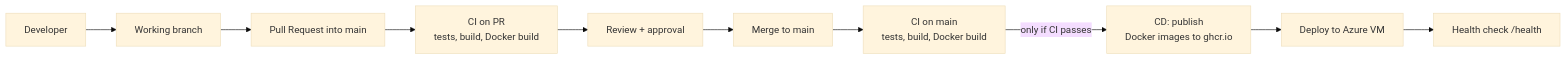
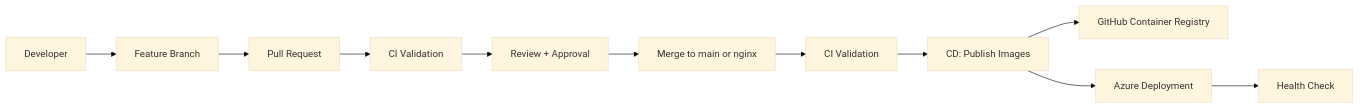
One commit to AyomideADEJARE1/Expense-Management-Platform changed the first of 2 diagrams in docs/ci-cd.md. Above: the diagram before and after it, drawn with Mermaid (base theme). The commit also changed other lines of this file, not shown here.

````diff
--- a/docs/ci-cd.md
+++ b/docs/ci-cd.md
@@ -7,12 +13,13 @@
 ```mermaid
 flowchart LR
-    D[Developer] --> B[Working branch]
-    B --> PR[Pull Request into main]
-    PR --> CI1[CI on PR<br/>tests, build, Docker build]
-    CI1 --> R[Review + approval]
-    R --> M[Merge to main]
-    M --> CI2[CI on main<br/>tests, build, Docker build]
-    CI2 -->|only if CI passes| P[CD: publish<br/>Docker images to ghcr.io]
-    P --> DEP[Deploy to Azure VM]
-    DEP --> H[Health check /health]
+    D[Developer] --> B[Feature Branch]
+    B --> PR[Pull Request]
+    PR --> CI[CI Validation]
+    CI --> R[Review + Approval]
+    R --> M[Merge to main or nginx]
+    M --> CI2[CI Validation]
+    CI2 --> P[CD: Publish Images]
+    P --> G[GitHub Container Registry]
+    P --> DEP[Azure Deployment]
+    DEP --> H[Health Check]
 ```
````
